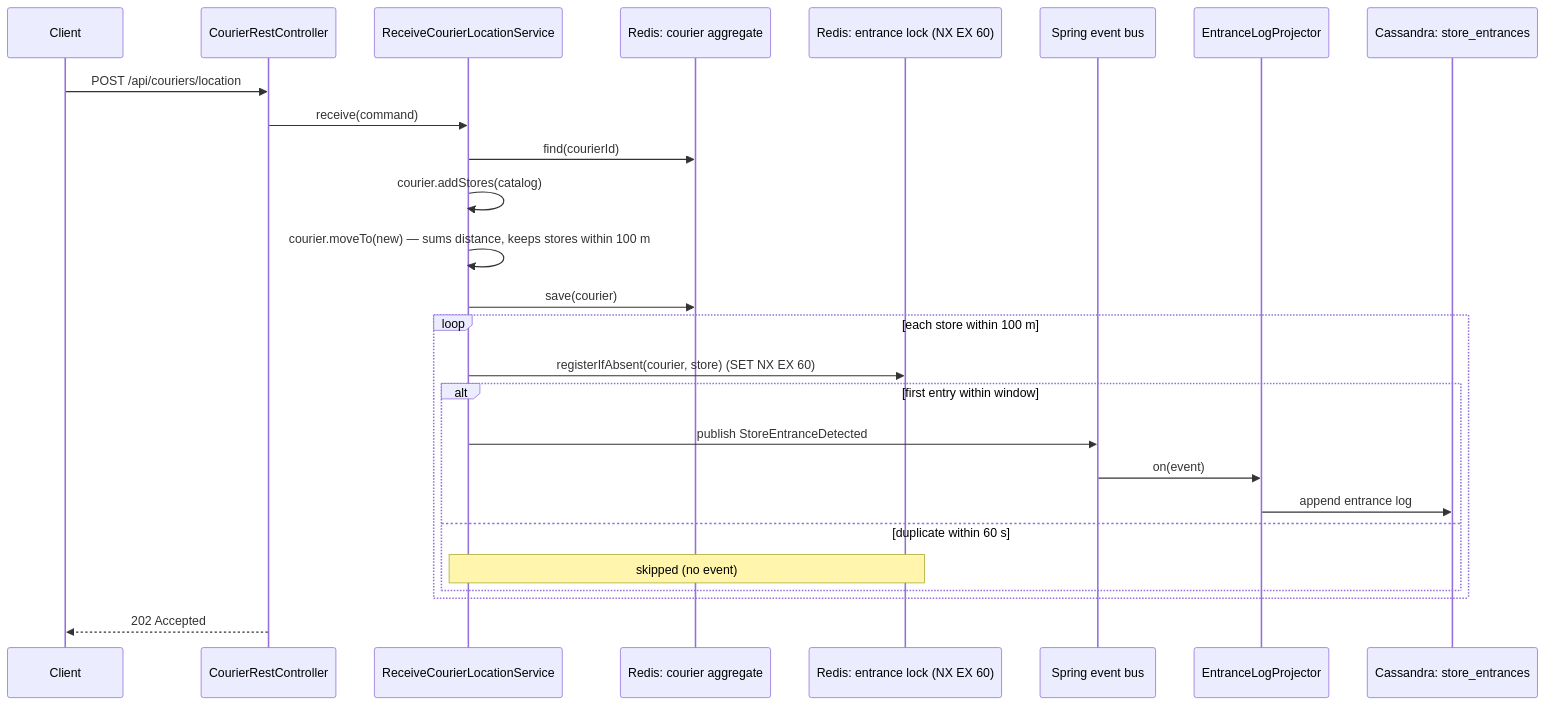
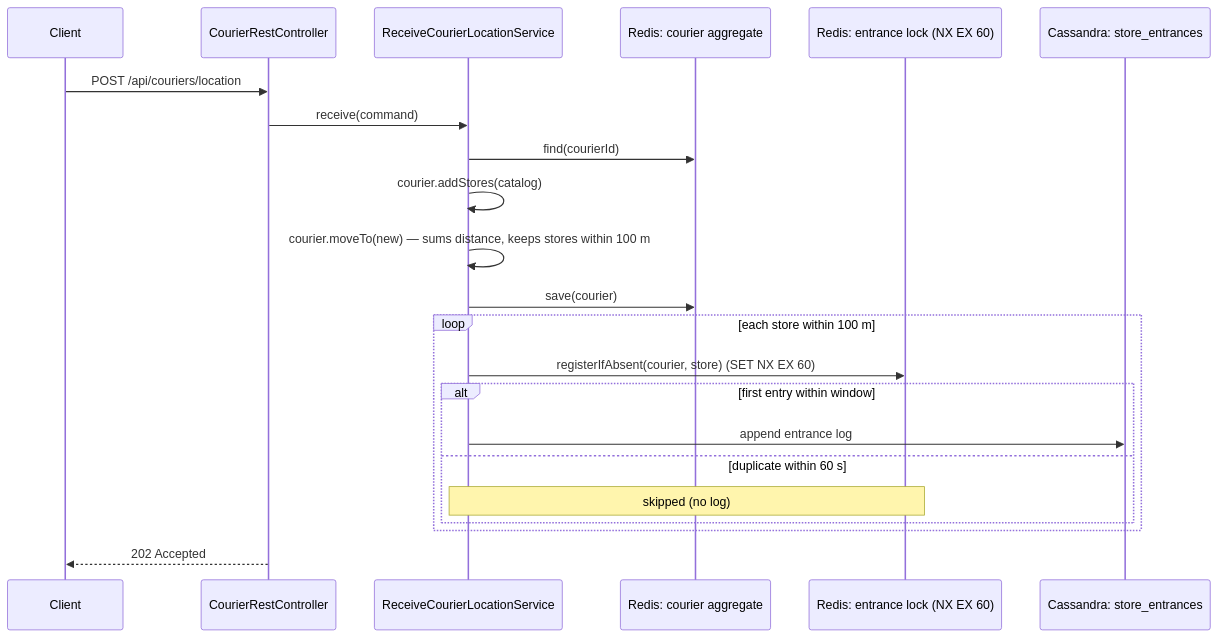
Before and after one commit to cangut/courier-tracking: the second of 2 diagrams in README.md, drawn with Mermaid. The commit also changed other lines of this file and 8 other files, not shown here.

````diff
--- a/README.md
+++ b/README.md
@@ -565,29 +560,25 @@
 ```mermaid
 sequenceDiagram
     participant C as Client
     participant R as CourierRestController
     participant S as ReceiveCourierLocationService
     participant CR as Redis: courier aggregate
     participant RE as Redis: entrance lock (NX EX 60)
-    participant EV as Spring event bus
-    participant PR as EntranceLogProjector
     participant CS as Cassandra: store_entrances
 
     C->>R: POST /api/couriers/location
     R->>S: receive(command)
     S->>CR: find(courierId)
     S->>S: courier.addStores(catalog)
     S->>S: courier.moveTo(new) — sums distance, keeps stores within 100 m
     S->>CR: save(courier)
     loop each store within 100 m
         S->>RE: registerIfAbsent(courier, store)  (SET NX EX 60)
         alt first entry within window
-            S->>EV: publish StoreEntranceDetected
-            EV->>PR: on(event)
-            PR->>CS: append entrance log
+            S->>CS: append entrance log
         else duplicate within 60 s
-            Note over S,RE: skipped (no event)
+            Note over S,RE: skipped (no log)
         end
     end
     R-->>C: 202 Accepted
 ```
````
